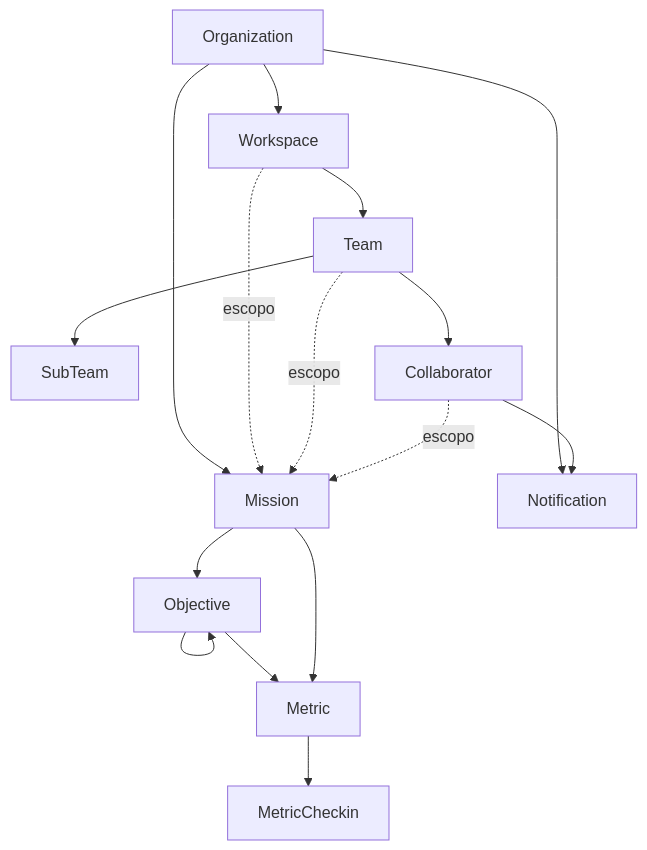
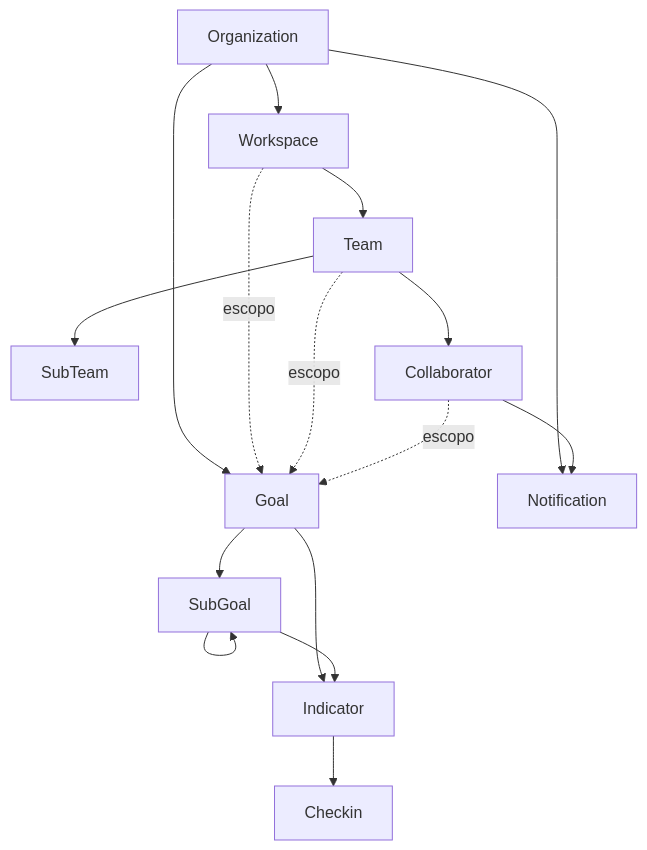
One commit to dsbraz/bud changed the third of 10 diagrams in README.md. Above: the diagram before and after it, drawn with Mermaid. The commit also changed other lines of this file and 419 other files, not shown here.

````diff
--- a/README.md
+++ b/README.md
@@ -161,31 +161,31 @@
 ```mermaid
 flowchart TD
     O[Organization]
     W[Workspace]
     T[Team]
     ST[SubTeam]
     C[Collaborator]
-    M[Mission]
-    MO[Objective]
-    MM[Metric]
-    MC[MetricCheckin]
+    G[Goal]
+    SG[SubGoal]
+    I[Indicator]
+    CH[Checkin]
 
     O --> W
     W --> T
     T --> ST
     T --> C
 
-    O --> M
-    W -. escopo .-> M
-    T -. escopo .-> M
-    C -. escopo .-> M
+    O --> G
+    W -. escopo .-> G
+    T -. escopo .-> G
+    C -. escopo .-> G
 
-    M --> MO
-    MO --> MO
-    MO --> MM
-    M --> MM
-    MM --> MC
+    G --> SG
+    SG --> SG
+    G --> I
+    SG --> I
+    I --> CH
 
     O --> N[Notification]
     C --> N
 ```
````
